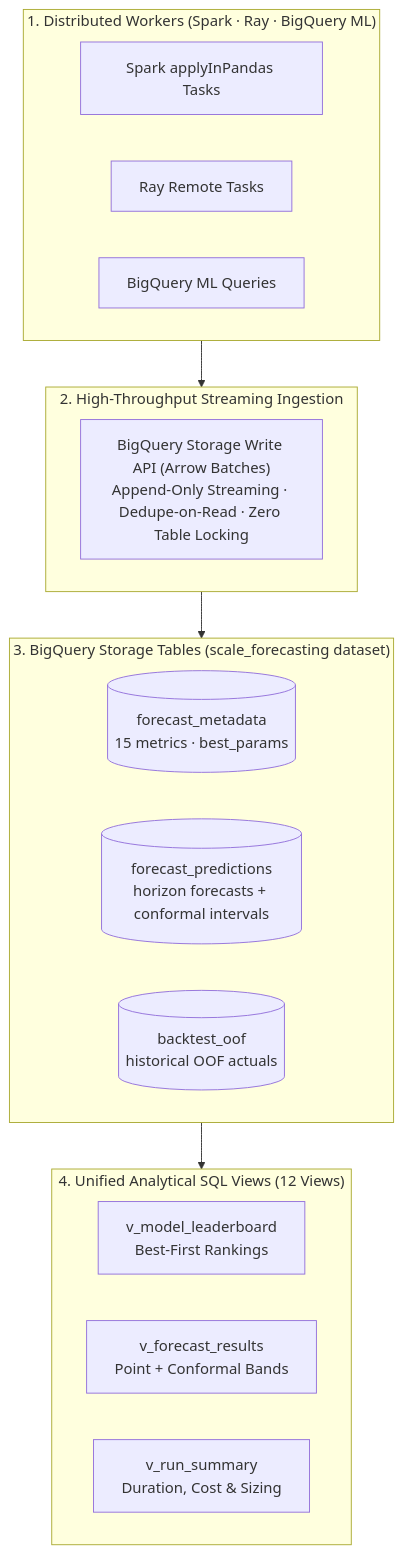
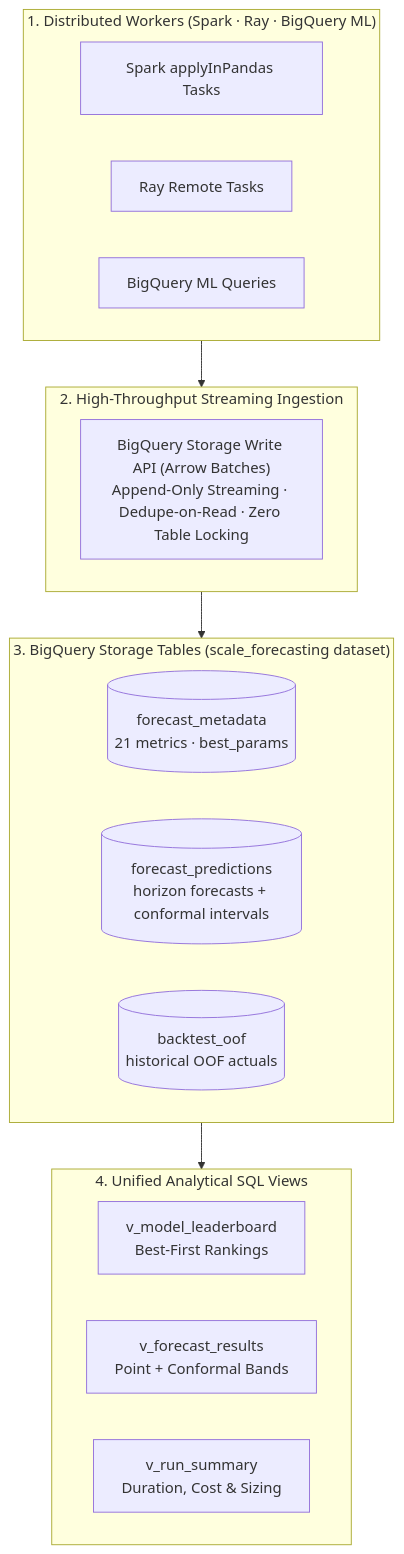
One commit to statmike/scale-forecasting changed the third of 6 diagrams in README.md. Above: the diagram before and after it, drawn with Mermaid. The commit also changed other lines of this file and 52 other files, not shown here.

````diff
--- a/README.md
+++ b/README.md
@@ -376,30 +395,30 @@
 ```mermaid
 flowchart TD
     subgraph Workers["1. Distributed Workers (Spark · Ray · BigQuery ML)"]
         direction LR
         W1["Spark applyInPandas Tasks"]
         W2["Ray Remote Tasks"]
         W3["BigQuery ML Queries"]
     end
 
     subgraph Ingest["2. High-Throughput Streaming Ingestion"]
         direction LR
         Stream["BigQuery Storage Write API (Arrow Batches)<br/>Append-Only Streaming · Dedupe-on-Read · Zero Table Locking"]
     end
 
     subgraph Tables["3. BigQuery Storage Tables (scale_forecasting dataset)"]
         direction LR
-        T1[("forecast_metadata<br/>15 metrics · best_params")]
+        T1[("forecast_metadata<br/>21 metrics · best_params")]
         T2[("forecast_predictions<br/>horizon forecasts + conformal intervals")]
         T3[("backtest_oof<br/>historical OOF actuals")]
     end
 
-    subgraph Views["4. Unified Analytical SQL Views (12 Views)"]
+    subgraph Views["4. Unified Analytical SQL Views"]
         direction LR
         V1["v_model_leaderboard<br/>Best-First Rankings"]
         V2["v_forecast_results<br/>Point + Conformal Bands"]
         V3["v_run_summary<br/>Duration, Cost & Sizing"]
     end
 
     Workers --> Ingest --> Tables --> Views
 ```
````
